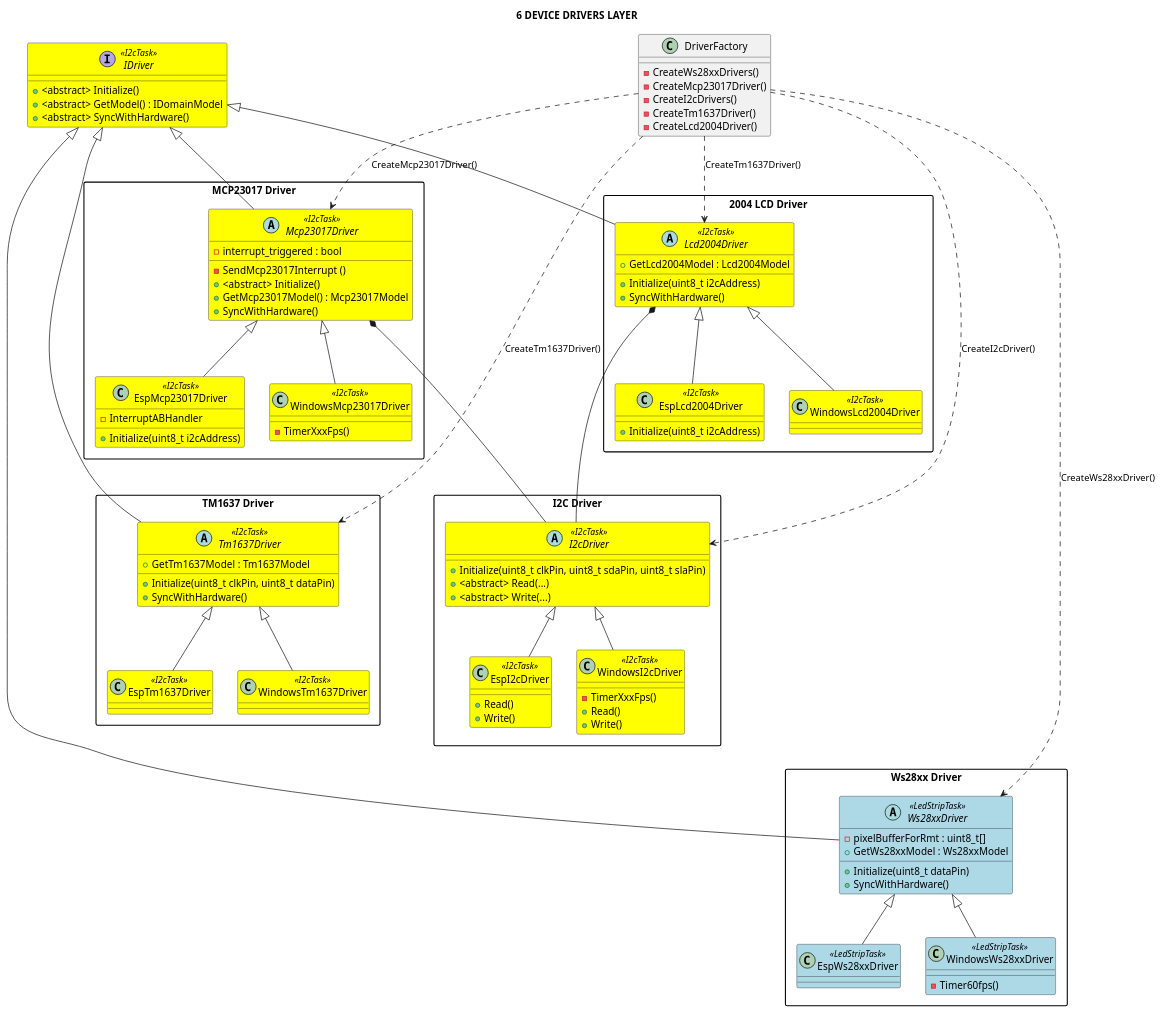
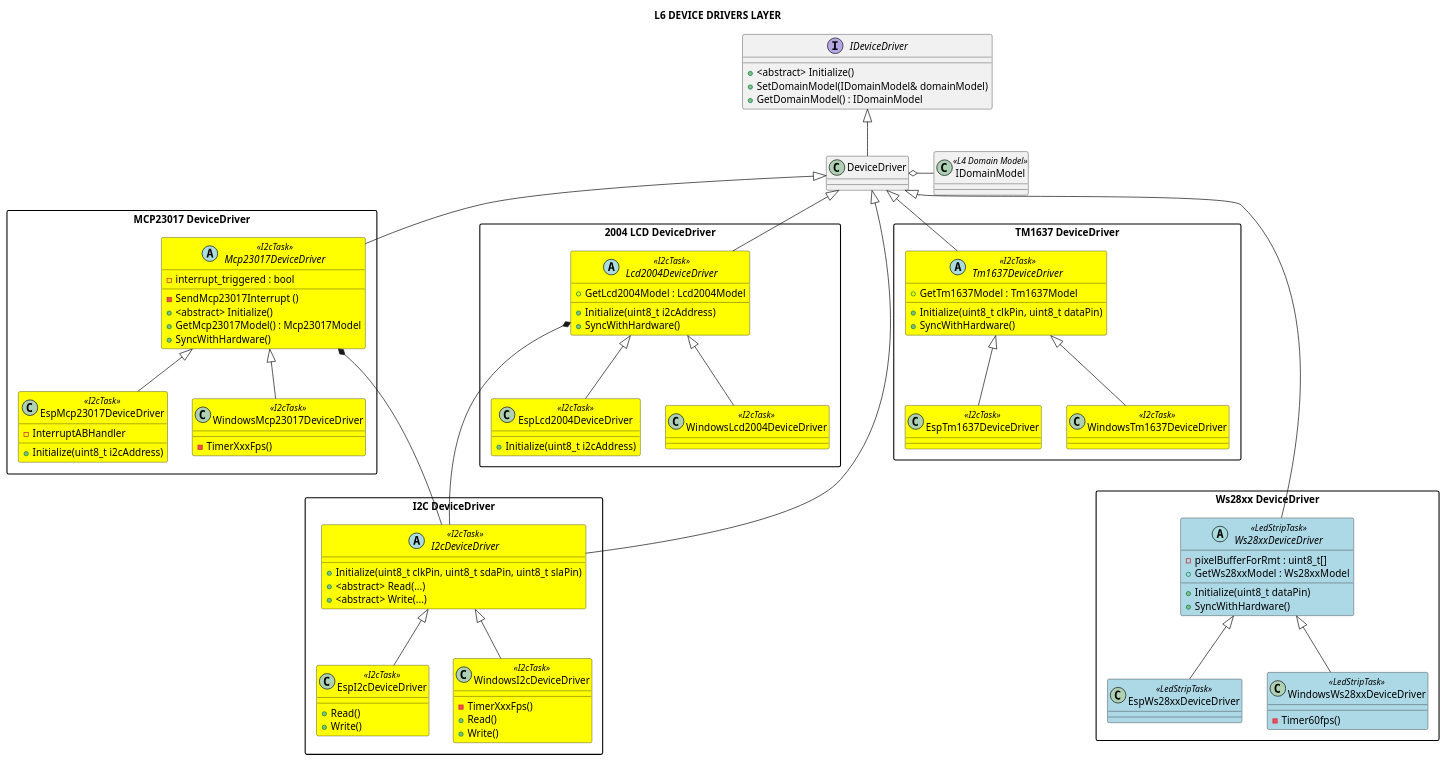
The diagram in Docs/Software Design/Layers/L6_device_drivers_layer.puml (michelkeijzers/fraxis), drawn with PlantUML before and after one commit. The commit also changed 122 other files, not shown here.

```diff
--- a/Docs/Software Design/Layers/L6_device_drivers_layer.puml
+++ b/Docs/Software Design/Layers/L6_device_drivers_layer.puml
@@ -1,154 +1,152 @@
 @startuml
 
-title 6 DEVICE DRIVERS LAYER
+title L6 DEVICE DRIVERS LAYER
 
 skinparam packageStyle rectangle
 skinparam lineThickness 2
 
-class DriverFactory {
-    - CreateWs28xxDrivers()
-    - CreateMcp23017Driver()
-    - CreateI2cDrivers()
-    - CreateTm1637Driver()
-    - CreateLcd2004Driver()
+class IDomainModel <<L4 Domain Model>> {}
+
+interface IDeviceDriver
+{
+    + <abstract> Initialize() 
+    + SetDomainModel(IDomainModel& domainModel)
+    + GetDomainModel() : IDomainModel
 }
 
-interface IDriver <<I2cTask>> #yellow
+class DeviceDriver
 {
-    + <abstract> Initialize() 
-    + <abstract> GetModel() : IDomainModel
-    + <abstract> SyncWithHardware()
 }
 
-package "Ws28xx Driver"
+DeviceDriver o- IDomainModel
+DeviceDriver -u-|> IDeviceDriver
+
+package "Ws28xx DeviceDriver"
 {
-    abstract class Ws28xxDriver <<LedStripTask>> #lightblue
+    abstract class Ws28xxDeviceDriver <<LedStripTask>> #lightblue
     {
         - pixelBufferForRmt : uint8_t[]
         + Initialize(uint8_t dataPin)
         + GetWs28xxModel : Ws28xxModel
         + SyncWithHardware()
     }
 
-    Ws28xxDriver -u-|> IDriver
+    Ws28xxDeviceDriver -u---|> DeviceDriver
 
-    class EspWs28xxDriver <<LedStripTask>> #lightblue
+    class EspWs28xxDeviceDriver <<LedStripTask>> #lightblue
 
-    class WindowsWs28xxDriver <<LedStripTask>> #lightblue
+    class WindowsWs28xxDeviceDriver <<LedStripTask>> #lightblue
     {
         -Timer60fps()
     }
 
-    Ws28xxDriver <|-- EspWs28xxDriver
-    Ws28xxDriver <|-- WindowsWs28xxDriver
-    DriverFactory ......> Ws28xxDriver : CreateWs28xxDriver() 
+    Ws28xxDeviceDriver <|-- EspWs28xxDeviceDriver
+    Ws28xxDeviceDriver <|-- WindowsWs28xxDeviceDriver
 }
 
-package "I2C Driver"
+package "I2C DeviceDriver"
 {
-    abstract class I2cDriver <<I2cTask>> #yellow
+    abstract class I2cDeviceDriver <<I2cTask>> #yellow
     {
         + Initialize(uint8_t clkPin, uint8_t sdaPin, uint8_t slaPin)
         + <abstract> Read(...) 
         + <abstract> Write(...)
     }
 
-    class EspI2cDriver <<I2cTask>> #yellow
+    I2cDeviceDriver -u-|> DeviceDriver
+
+    class EspI2cDeviceDriver <<I2cTask>> #yellow
     {
         + Read()
         + Write()
     }
 
-    class WindowsI2cDriver  <<I2cTask>> #yellow
+    class WindowsI2cDeviceDriver  <<I2cTask>> #yellow
     {
         - TimerXxxFps()
         + Read()
         + Write()
     }
 
-    I2cDriver <|-- EspI2cDriver
-    I2cDriver <|-- WindowsI2cDriver 
-    DriverFactory ..> I2cDriver : CreateI2cDriver()
+    I2cDeviceDriver <|-- EspI2cDeviceDriver
+    I2cDeviceDriver <|-- WindowsI2cDeviceDriver 
 }
 
-package "MCP23017 Driver"
+package "MCP23017 DeviceDriver"
 {
-    abstract class Mcp23017Driver <<I2cTask>> #yellow
+    abstract class Mcp23017DeviceDriver <<I2cTask>> #yellow
     {
         - interrupt_triggered : bool
         - SendMcp23017Interrupt ()
         + <abstract> Initialize()
         + GetMcp23017Model() : Mcp23017Model
         + SyncWithHardware()
     }
 
-    Mcp23017Driver -u-|> IDriver
+    Mcp23017DeviceDriver -u-|> DeviceDriver
 
-    class EspMcp23017Driver <<I2cTask>> #yellow
+    class EspMcp23017DeviceDriver <<I2cTask>> #yellow
     {
         - InterruptABHandler
         + Initialize(uint8_t i2cAddress)
     }
 
-    class WindowsMcp23017Driver <<I2cTask>> #yellow
+    class WindowsMcp23017DeviceDriver <<I2cTask>> #yellow
     {
         - TimerXxxFps()
     }
 
-    Mcp23017Driver <|-- EspMcp23017Driver
-    Mcp23017Driver <|-- WindowsMcp23017Driver
-    Mcp23017Driver *--- I2cDriver
-    DriverFactory ..> Mcp23017Driver : CreateMcp23017Driver()
+    Mcp23017DeviceDriver <|-- EspMcp23017DeviceDriver
+    Mcp23017DeviceDriver <|-- WindowsMcp23017DeviceDriver
+    Mcp23017DeviceDriver *--- I2cDeviceDriver
 }
 
-package "2004 LCD Driver"
+package "2004 LCD DeviceDriver"
 {
-    abstract class Lcd2004Driver <<I2cTask>> #yellow
+    abstract class Lcd2004DeviceDriver <<I2cTask>> #yellow
     {
         + Initialize(uint8_t i2cAddress)
         + GetLcd2004Model : Lcd2004Model
         + SyncWithHardware()
     }
 
-    Lcd2004Driver -u-|> IDriver
+    Lcd2004DeviceDriver -u-|> DeviceDriver
 
-    class EspLcd2004Driver  <<I2cTask>> #yellow
+    class EspLcd2004DeviceDriver  <<I2cTask>> #yellow
     {
         + Initialize(uint8_t i2cAddress)
     }
 
-    class WindowsLcd2004Driver  <<I2cTask>> #yellow
+    class WindowsLcd2004DeviceDriver  <<I2cTask>> #yellow
     {
     }
 
-    Lcd2004Driver <|-- EspLcd2004Driver
-    Lcd2004Driver <|-- WindowsLcd2004Driver
-    Lcd2004Driver  *--- I2cDriver
-    DriverFactory ..> Lcd2004Driver : CreateTm1637Driver() 
+    Lcd2004DeviceDriver <|-- EspLcd2004DeviceDriver
+    Lcd2004DeviceDriver <|-- WindowsLcd2004DeviceDriver
+    Lcd2004DeviceDriver  *--- I2cDeviceDriver
 }
 
-package "TM1637 Driver"
+package "TM1637 DeviceDriver"
 {
-    abstract class Tm1637Driver <<I2cTask>> #yellow
+    abstract class Tm1637DeviceDriver <<I2cTask>> #yellow
     {
         + Initialize(uint8_t clkPin, uint8_t dataPin)
         + GetTm1637Model : Tm1637Model
         + SyncWithHardware()
     }
 
-    Tm1637Driver -u-|> IDriver
+    Tm1637DeviceDriver -u-|> DeviceDriver
 
-    class EspTm1637Driver  <<I2cTask>> #yellow
+    class EspTm1637DeviceDriver  <<I2cTask>> #yellow
     {
     }
 
-    class WindowsTm1637Driver  <<I2cTask>> #yellow
+    class WindowsTm1637DeviceDriver  <<I2cTask>> #yellow
     {
     }
 
-    Tm1637Driver <|-- EspTm1637Driver
-    Tm1637Driver <|-- WindowsTm1637Driver
-    DriverFactory ....> Tm1637Driver : CreateTm1637Driver() 
+    Tm1637DeviceDriver <|-- EspTm1637DeviceDriver
+    Tm1637DeviceDriver <|-- WindowsTm1637DeviceDriver
 }
 
 @enduml
```
